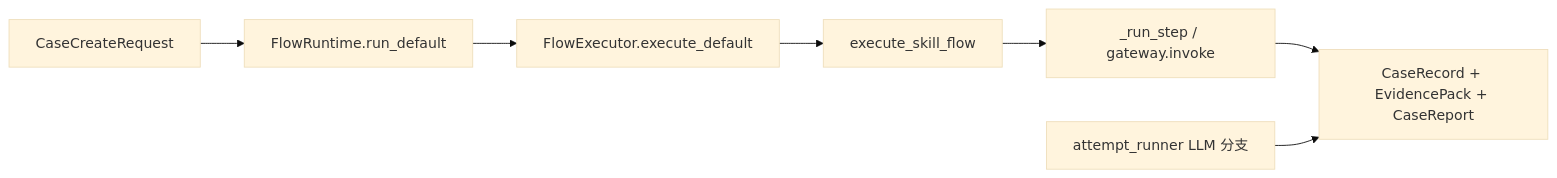
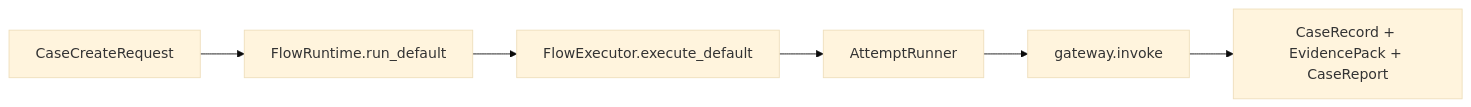
The first of 3 diagrams in docs/business-logic/02-contracts-state-machines.md (iceycn/root-seeker-v2), drawn with Mermaid (base theme) before and after one commit. The commit also changed other lines of this file and 10 other files, not shown here.

Commit message:
docs(skill): record Agent playbook as default path

````diff
--- a/docs/business-logic/02-contracts-state-machines.md
+++ b/docs/business-logic/02-contracts-state-machines.md
@@ -45,9 +39,8 @@
 ```mermaid
 flowchart LR
   API["CaseCreateRequest"] --> FR["FlowRuntime.run_default"]
   FR --> FE["FlowExecutor.execute_default"]
-  FE --> SF["execute_skill_flow"]
-  SF --> RS["_run_step / gateway.invoke"]
-  RS --> OUT["CaseRecord + EvidencePack + CaseReport"]
-  AR["attempt_runner LLM 分支"] --> OUT
+  FE --> AR["AttemptRunner"]
+  AR --> GW["gateway.invoke"]
+  GW --> OUT["CaseRecord + EvidencePack + CaseReport"]
 ```
````
